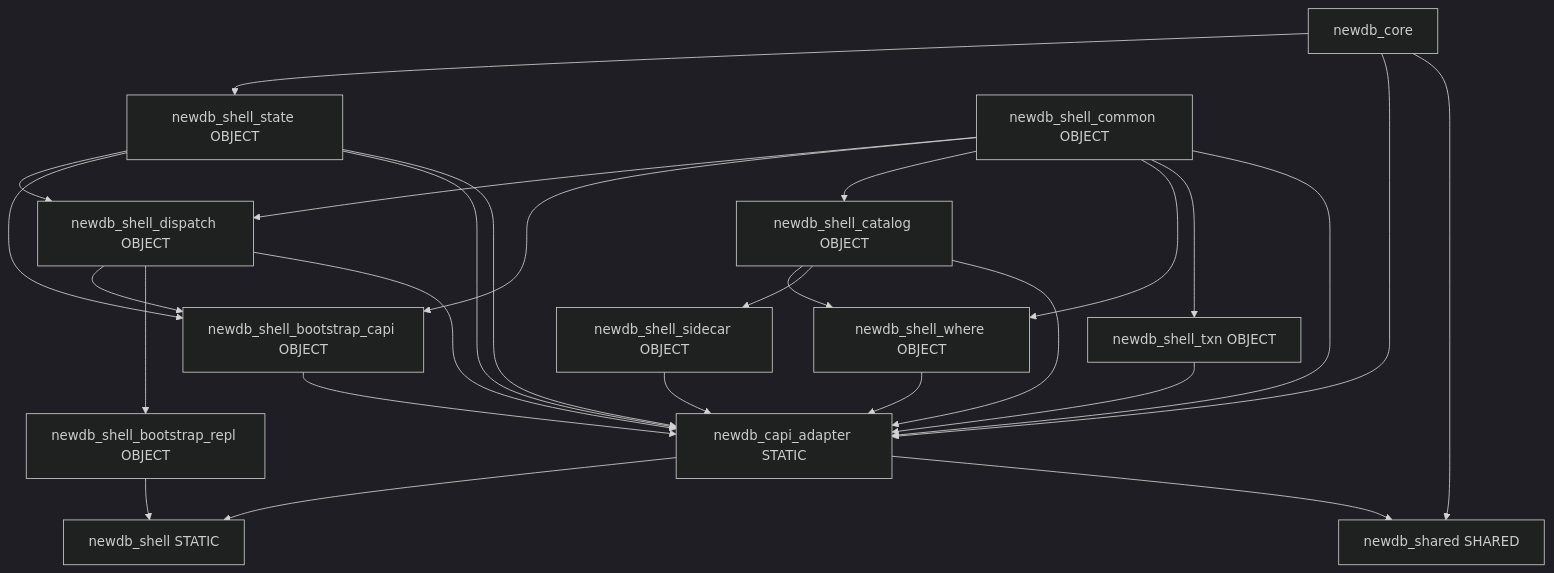
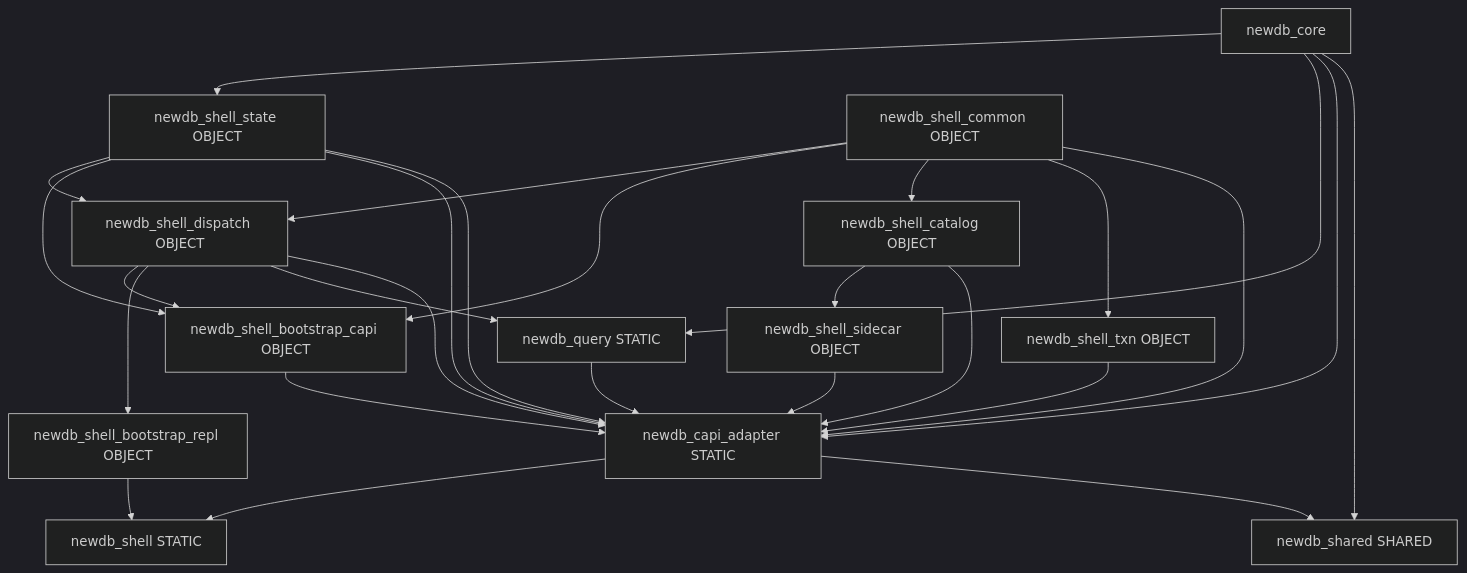
Before and after one commit to skyline019/database: the diagram in newdb/docs/architecture/MODULE_BOUNDARIES.md, drawn with Mermaid (dark theme). The commit also changed other lines of this file and 331 other files, not shown here.

````diff
--- a/newdb/docs/architecture/MODULE_BOUNDARIES.md
+++ b/newdb/docs/architecture/MODULE_BOUNDARIES.md
@@ -100,42 +103,42 @@
 ```mermaid
 flowchart TB
   core[newdb_core]
+  query_lib[newdb_query STATIC]
   shell_state[newdb_shell_state OBJECT]
   shell_dispatch[newdb_shell_dispatch OBJECT]
   boot_capi[newdb_shell_bootstrap_capi OBJECT]
   boot_common[newdb_shell_common OBJECT]
   boot_cat[newdb_shell_catalog OBJECT]
-  boot_where[newdb_shell_where OBJECT]
   boot_txn[newdb_shell_txn OBJECT]
   boot_side[newdb_shell_sidecar OBJECT]
   capi[newdb_capi_adapter STATIC]
   boot_repl[newdb_shell_bootstrap_repl OBJECT]
   shell[newdb_shell STATIC]
   shared[newdb_shared SHARED]
   core --> shell_state
+  core --> query_lib
   shell_state --> shell_dispatch
   shell_state --> boot_capi
   boot_common --> shell_dispatch
   boot_common --> boot_capi
   boot_common --> boot_cat
-  boot_common --> boot_where
   boot_common --> boot_txn
-  boot_cat --> boot_where
   boot_cat --> boot_side
   shell_dispatch --> boot_capi
   shell_dispatch --> boot_repl
+  shell_dispatch --> query_lib
   shell_state --> capi
   boot_capi --> capi
   shell_dispatch --> capi
   boot_common --> capi
   boot_cat --> capi
-  boot_where --> capi
   boot_txn --> capi
   boot_side --> capi
+  query_lib --> capi
   capi --> shell
   boot_repl --> shell
   core --> capi
   shell_state --> capi
   core --> shared
   capi --> shared
 ```
````
